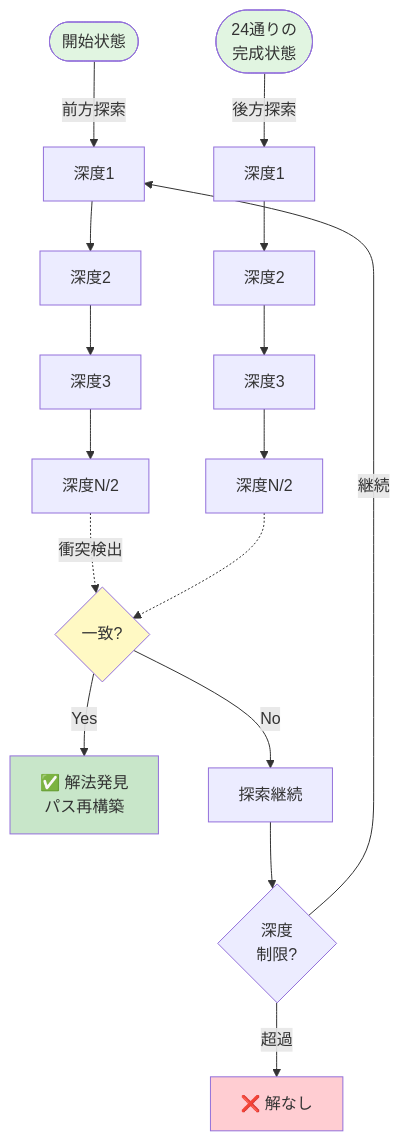
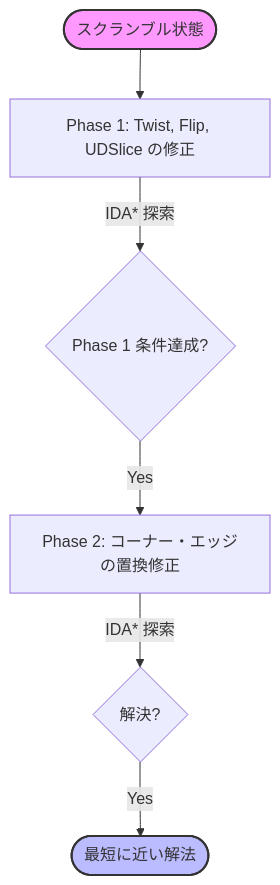
One commit to katoy/rust-r-cube changed the diagram in 3x3-web/README.md. Above: the diagram before and after it, drawn with Mermaid. The commit also changed other lines of this file and 35 other files, not shown here.

````diff
--- a/3x3-web/README.md
+++ b/3x3-web/README.md
@@ -394,27 +80,11 @@
 ```mermaid
 graph TD
-    Start([開始状態]) --> |前方探索| F1[深度1]
-    F1 --> F2[深度2]
-    F2 --> F3[深度3]
-    F3 --> FN[深度N/2]
-
-    Goal([24通りの<br/>完成状態]) --> |後方探索| B1[深度1]
-    B1 --> B2[深度2]
-    B2 --> B3[深度3]
-    B3 --> BN[深度N/2]
-
-    FN -.-> |衝突検出| Collision{一致?}
-    BN -.-> Collision
-
-    Collision -->|Yes| Solution[✅ 解法発見<br/>パス再構築]
-    Collision -->|No| Continue[探索継続]
-    Continue --> Depth{深度<br/>制限?}
-    Depth -->|超過| NoSolution[❌ 解なし]
-    Depth -->|継続| F1
-
-    style Start fill:#e1f5e1
-    style Goal fill:#e1f5e1
-    style Solution fill:#c8e6c9
-    style NoSolution fill:#ffcdd2
-    style Collision fill:#fff9c4
+    Start([スクランブル状態]) --> P1[Phase 1: Twist, Flip, UDSlice の修正]
+    P1 --> |IDA* 探索| P1_Done{Phase 1 条件達成?}
+    P1_Done -->|Yes| P2[Phase 2: コーナー・エッジの置換修正]
+    P2 --> |IDA* 探索| P2_Done{解決?}
+    P2_Done -->|Yes| End([最短に近い解法])
+    
+    style Start fill:#f9f,stroke:#333,stroke-width:2px
+    style End fill:#bbf,stroke:#333,stroke-width:2px
 ```
````
